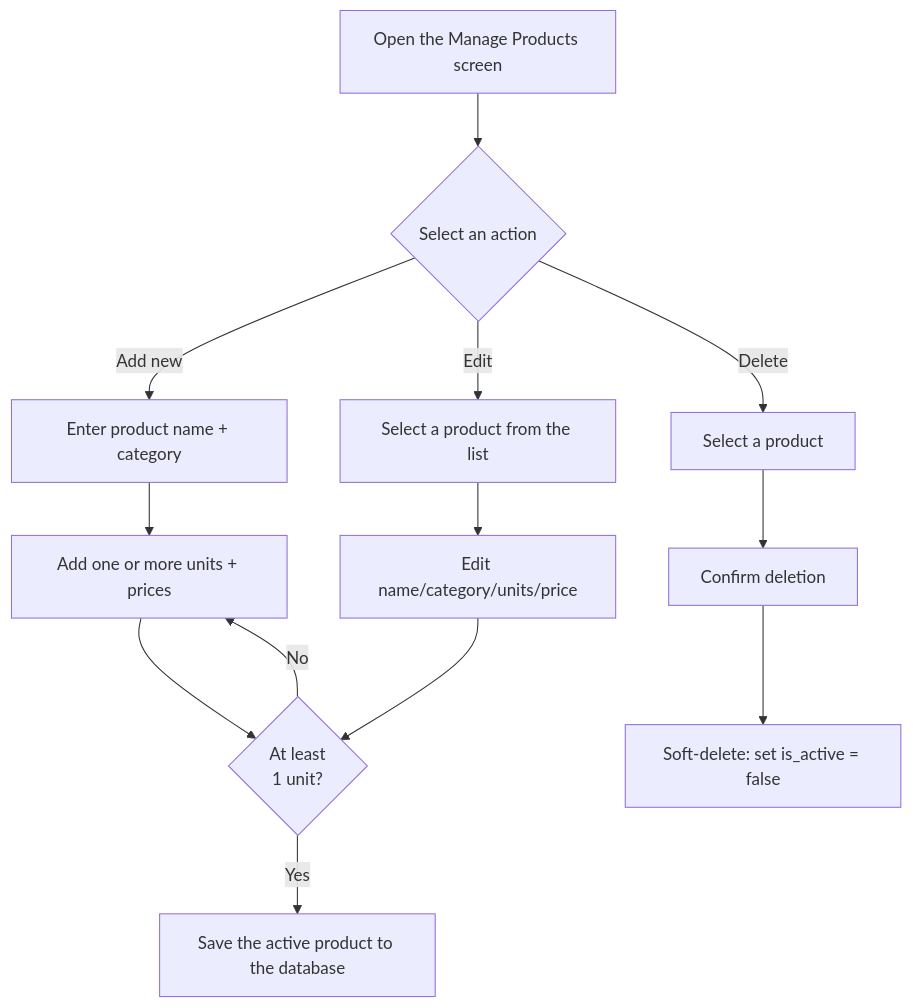
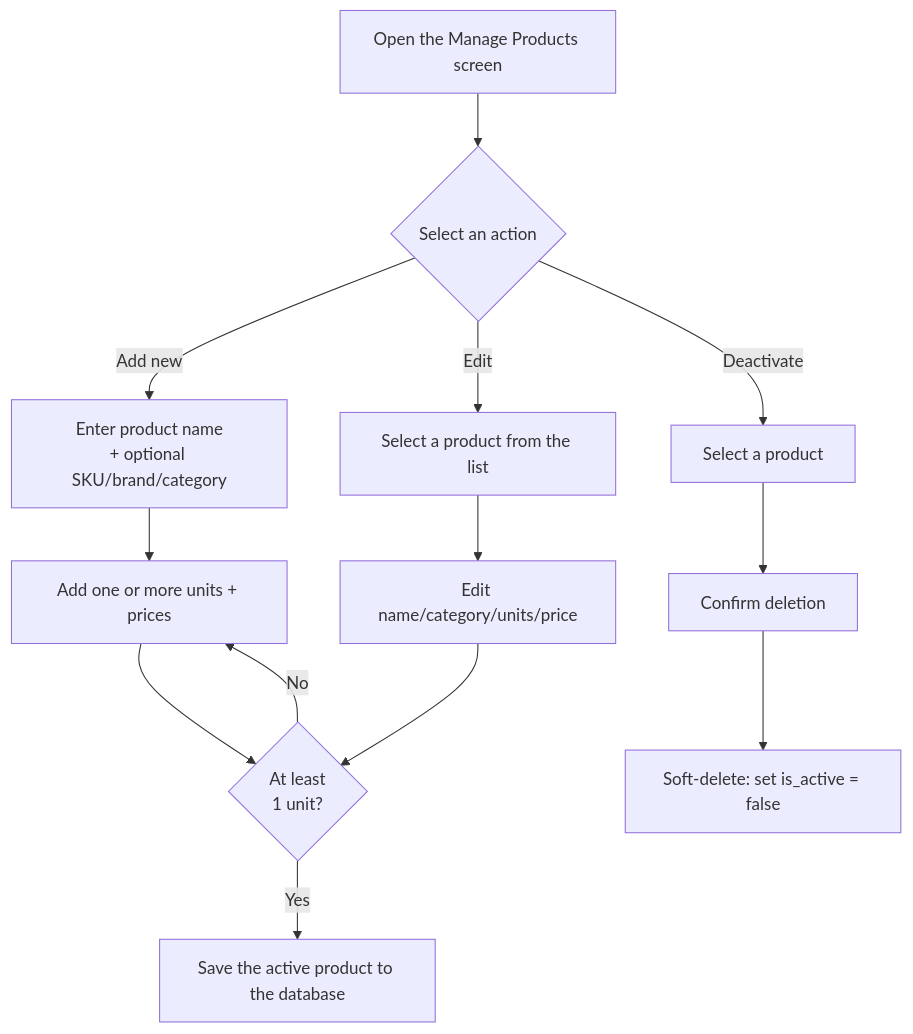
The first of 2 diagrams in docs/use-cases/UC-02-product-management.md (baonguyen1776/smart_invoice), drawn with Mermaid before and after one commit. The commit also changed other lines of this file and 7 other files, not shown here.

````diff
--- a/docs/use-cases/UC-02-product-management.md
+++ b/docs/use-cases/UC-02-product-management.md
@@ -24,15 +66,15 @@
 ```mermaid
 flowchart TD
     A[Open the Manage Products screen] --> B{Select an action}
-    B -- Add new --> C[Enter product name + category]
+    B -- Add new --> C[Enter product name<br/>+ optional SKU/brand/category]
     C --> D[Add one or more units + prices]
     D --> E{At least<br/>1 unit?}
     E -- No --> D
     E -- Yes --> F[Save the active product to the database]
     B -- Edit --> G[Select a product from the list]
     G --> H[Edit name/category/units/price]
     H --> E
-    B -- Delete --> I[Select a product]
+    B -- Deactivate --> I[Select a product]
     I --> J[Confirm deletion]
     J --> K[Soft-delete: set is_active = false]
 ```
````
